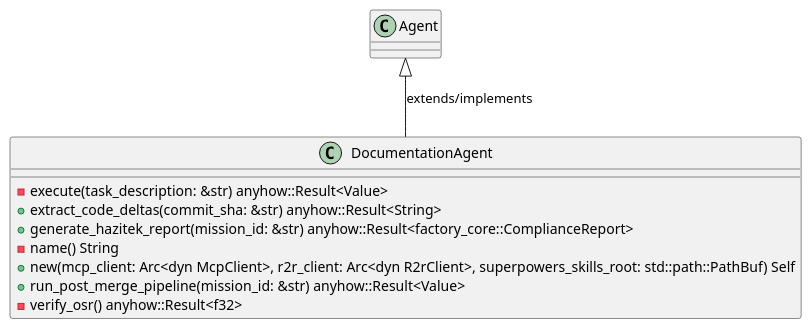
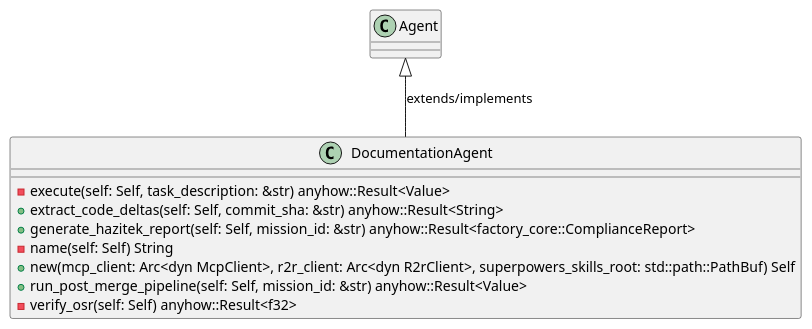
Before and after one commit to lgcorzo/rust_CACD_autonomous_factory: the first of 6 diagrams in openwiki/crates_factory_application_src_agents_doc_agent.md, drawn with PlantUML. The commit also changed other lines of this file and 95 other files, not shown here.

````diff
--- a/openwiki/crates_factory_application_src_agents_doc_agent.md
+++ b/openwiki/crates_factory_application_src_agents_doc_agent.md
@@ -168,15 +171,15 @@
 ```plantuml
 @startuml
 class DocumentationAgent {
-    -execute(task_description: &str) anyhow::Result<Value>
-    +extract_code_deltas(commit_sha: &str) anyhow::Result<String>
-    +generate_hazitek_report(mission_id: &str) anyhow::Result<factory_core::ComplianceReport>
-    -name() String
+    -execute(self: Self, task_description: &str) anyhow::Result<Value>
+    +extract_code_deltas(self: Self, commit_sha: &str) anyhow::Result<String>
+    +generate_hazitek_report(self: Self, mission_id: &str) anyhow::Result<factory_core::ComplianceReport>
+    -name(self: Self) String
     +new(mcp_client: Arc<dyn McpClient>, r2r_client: Arc<dyn R2rClient>, superpowers_skills_root: std::path::PathBuf) Self
-    +run_post_merge_pipeline(mission_id: &str) anyhow::Result<Value>
-    -verify_osr() anyhow::Result<f32>
+    +run_post_merge_pipeline(self: Self, mission_id: &str) anyhow::Result<Value>
+    -verify_osr(self: Self) anyhow::Result<f32>
 }
 Agent <|-- DocumentationAgent : extends/implements
 @enduml
 
 ```
````
